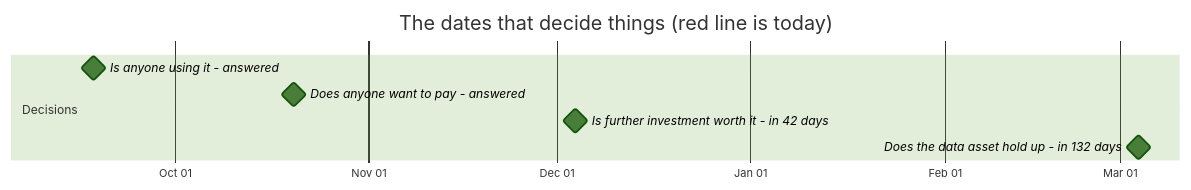
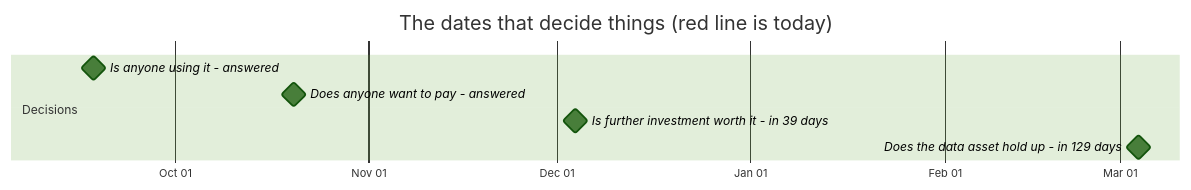
Before and after one commit to jakegu1/vetagent: the first of 2 diagrams in docs/OWNER.md, drawn with Mermaid (forest theme). The commit also changed other lines of this file, not shown here.

````diff
--- a/docs/OWNER.md
+++ b/docs/OWNER.md
@@ -67,12 +67,12 @@
 ```mermaid
 gantt
     dateFormat YYYY-MM-DD
     axisFormat %b %d
     todayMarker stroke-width:3px,stroke:#d33,stroke-dasharray:0
     title The dates that decide things (red line is today)
     section Decisions
     Is anyone using it - answered :milestone, 2026-09-18, 0d
     Does anyone want to pay - answered :milestone, 2026-10-20, 0d
-    Is further investment worth it - in 42 days :milestone, 2026-12-04, 0d
-    Does the data asset hold up - in 132 days :milestone, 2027-03-04, 0d
+    Is further investment worth it - in 39 days :milestone, 2026-12-04, 0d
+    Does the data asset hold up - in 129 days :milestone, 2027-03-04, 0d
 ```
````
